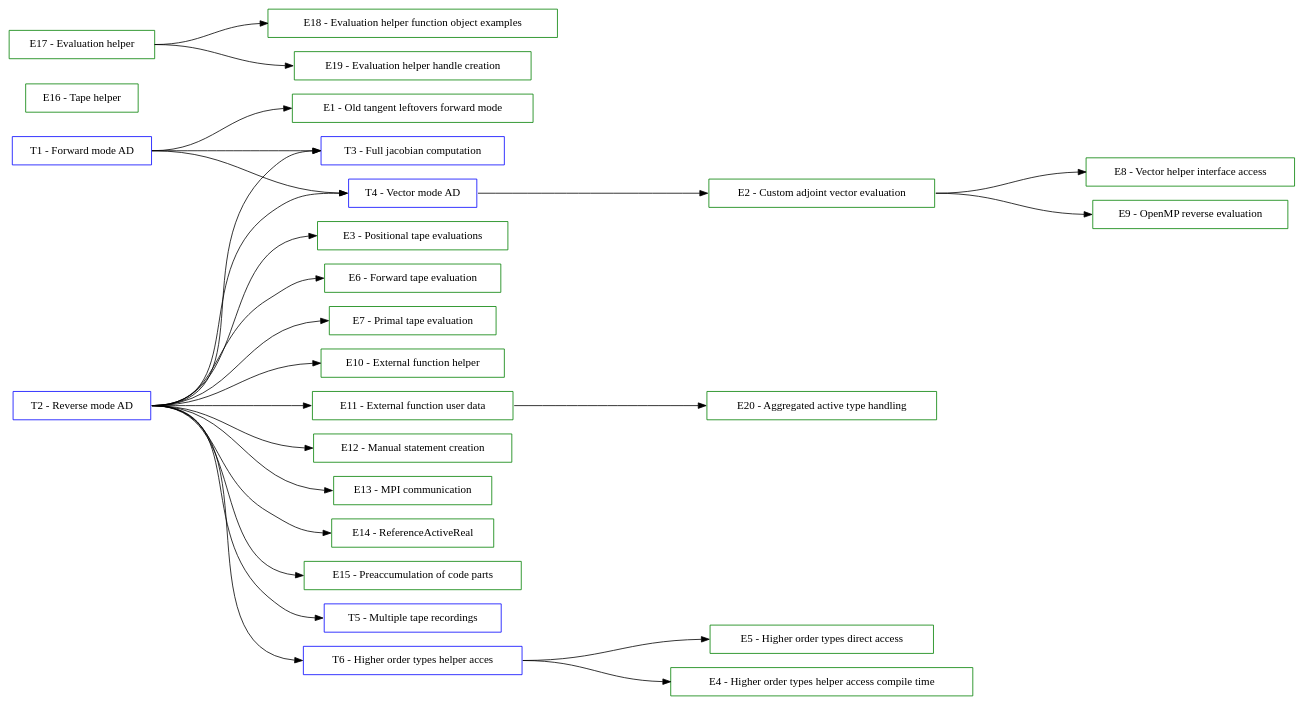
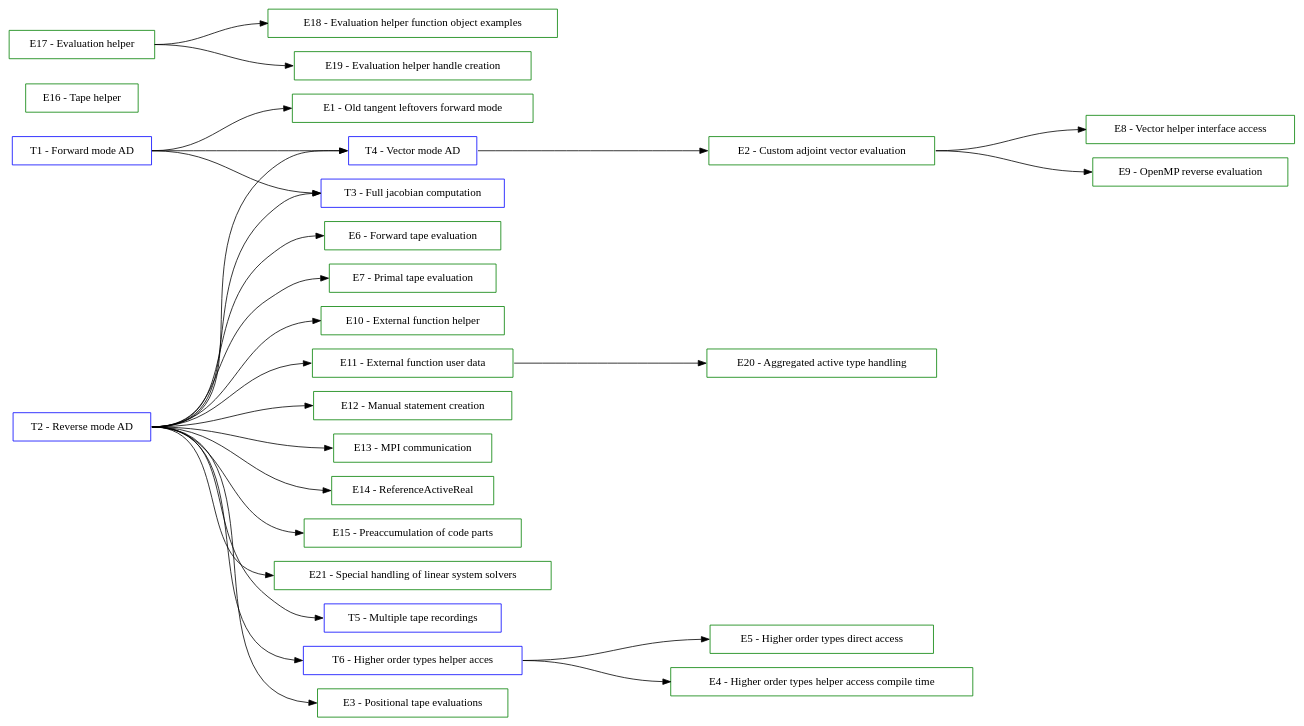
The diagram in documentation/user/TutorialsGraph.dot (SciCompKL/CoDiPack), drawn with Graphviz before and after one commit. The commit also changed 29 other files, not shown here.

First line of the commit message:
Feature: Helpers for linear system solvers.

```diff
--- a/documentation/user/TutorialsGraph.dot
+++ b/documentation/user/TutorialsGraph.dot
@@ -1,86 +1,89 @@
 digraph Tutorials {
   rankdir=LR;
   ranksep=2;
 
   // Tutorial nodes
   node [shape=box color=blue];
   T01 [label="T1 - Forward mode AD"];
 
   T02 [label="T2 - Reverse mode AD"];
 
   T03 [label="T3 - Full jacobian computation"];
 
   T04 [label="T4 - Vector mode AD"];
 
   T05 [label="T5 - Multiple tape recordings"];
 
   T06 [label="T6 - Higher order types helper acces"];
 
   // Example nodes
   node [shape=box color=green];
   E01 [label="E1 - Old tangent leftovers forward mode"];
 
   E02 [label="E2 - Custom adjoint vector evaluation"];
 
   E03 [label="E3 - Positional tape evaluations"];
 
   E04 [label="E4 - Higher order types helper access compile time"];
 
   E05 [label="E5 - Higher order types direct access"];
 
   E06 [label="E6 - Forward tape evaluation"];
 
   E07 [label="E7 - Primal tape evaluation"];
 
   E08 [label="E8 - Vector helper interface access"];
 
   E09 [label="E9 - OpenMP reverse evaluation"];
 
   E10 [label="E10 - External function helper"];
 
   E11 [label="E11 - External function user data"];
 
   E12 [label="E12 - Manual statement creation"];
 
   E13 [label="E13 - MPI communication"];
 
   E14 [label="E14 - ReferenceActiveReal"];
 
   E15 [label="E15 - Preaccumulation of code parts"];
 
   E16 [label="E16 - Tape helper"];
 
   E17 [label="E17 - Evaluation helper"];
 
   E18 [label="E18 - Evaluation helper function object examples"];
 
   E19 [label="E19 - Evaluation helper handle creation"];
 
   E20 [label="E20 - Aggregated active type handling"];
 
+  E21 [label="E21 - Special handling of linear system solvers"];
+
   // Edges (sorted)
   E02:e -> E08:w;
   E02:e -> E09:w;
   E11:e -> E20:w;
   E17:e -> E18:w;
   E17:e -> E19:w;
   T01:e -> E01:w;
   T01:e -> T03:w;
   T01:e -> T04:w;
   T02:e -> E03:w;
   T02:e -> E06:w;
   T02:e -> E07:w;
   T02:e -> E10:w;
   T02:e -> E11:w;
   T02:e -> E12:w;
   T02:e -> E13:w;
   T02:e -> E14:w;
   T02:e -> E15:w;
   T02:e -> T03:w;
   T02:e -> T04:w;
   T02:e -> T05:w;
   T02:e -> T06:w;
+  T02:e -> E21:w;
   T04:e -> E02:w;
   T06:e -> E04:w;
   T06:e -> E05:w;
 }
```
